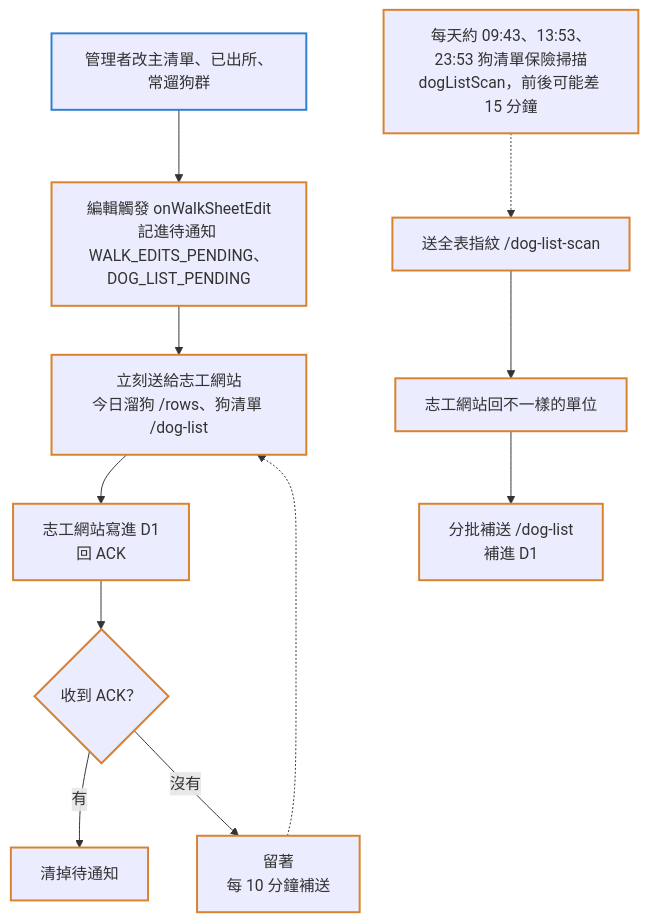
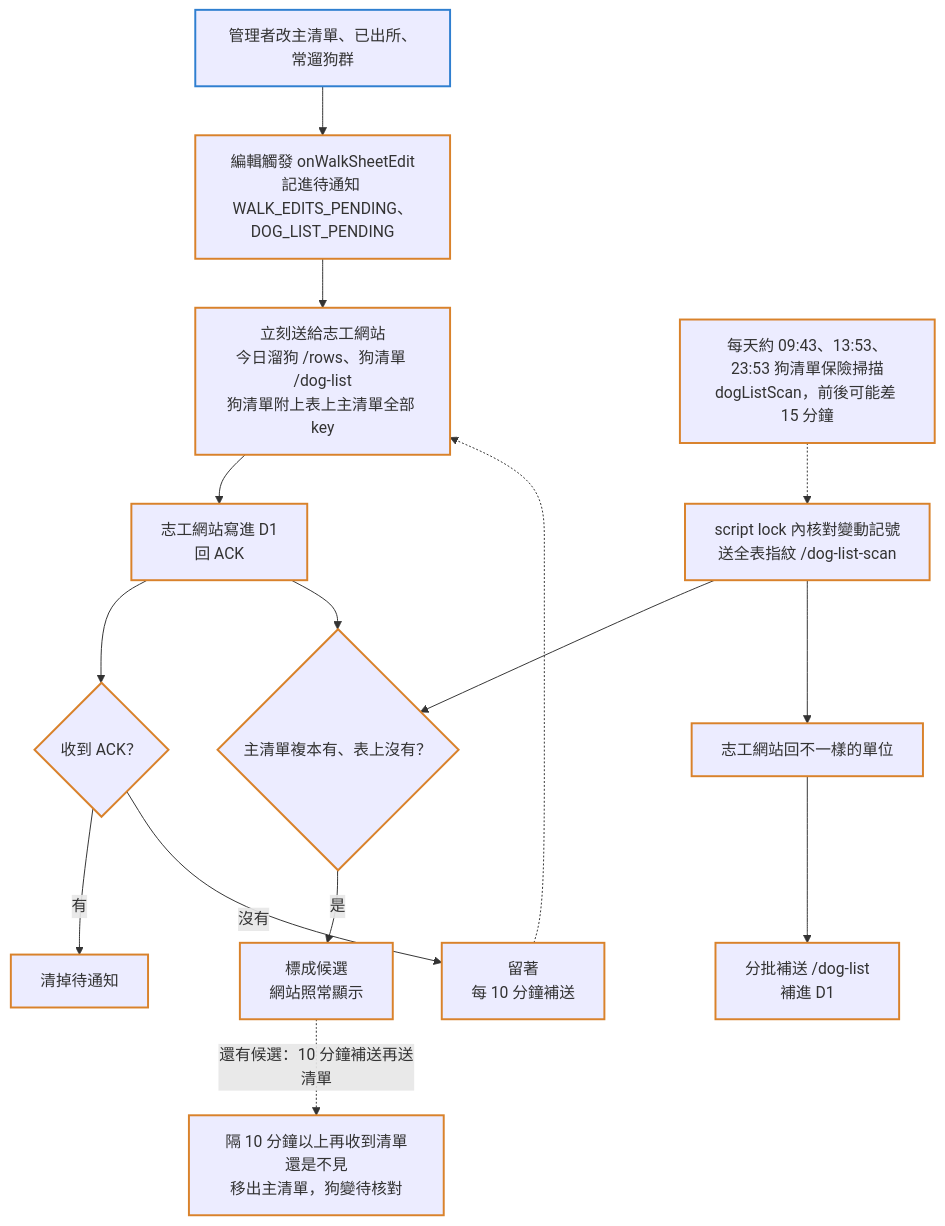
The fourth of 7 diagrams in docs/ARCHITECTURE.md (jiatsenK/bq-shelter-dogs), drawn with Mermaid before and after one commit. The commit also changed other lines of this file and 21 other files, not shown here.

````diff
--- a/docs/ARCHITECTURE.md
+++ b/docs/ARCHITECTURE.md
@@ -225,28 +225,35 @@
 ```mermaid
 flowchart TB
   a["管理者改主清單、已出所、常遛狗群"]
   b["編輯觸發 onWalkSheetEdit<br/>記進待通知 WALK_EDITS_PENDING、DOG_LIST_PENDING"]
-  c["立刻送給志工網站<br/>今日溜狗 /rows、狗清單 /dog-list"]
+  c["立刻送給志工網站<br/>今日溜狗 /rows、狗清單 /dog-list<br/>狗清單附上表上主清單全部 key"]
   d["志工網站寫進 D1<br/>回 ACK"]
+  m{"主清單複本有、表上沒有？"}
+  n["標成候選<br/>網站照常顯示"]
+  o["隔 10 分鐘以上再收到清單還是不見<br/>移出主清單，狗變待核對"]
   e{"收到 ACK？"}
   f["清掉待通知"]
   g["留著<br/>每 10 分鐘補送"]
   s["每天約 09:43、13:53、23:53 狗清單保險掃描<br/>dogListScan，前後可能差 15 分鐘"]
-  t["送全表指紋 /dog-list-scan"]
+  t["script lock 內核對變動記號<br/>送全表指紋 /dog-list-scan"]
   u["志工網站回不一樣的單位"]
   v["分批補送 /dog-list<br/>補進 D1"]
 
   a --> b --> c --> d --> e
   e -->|有| f
   e -->|沒有| g
   g -.-> c
+  d --> m
+  t --> m
+  m -->|是| n
+  n -.->|還有候選：10 分鐘補送再送清單| o
   s -.-> t --> u --> v
 
   class a ui
-  class b,c,d,e,f,g,s,t,u,v code
+  class b,c,d,e,f,g,m,n,o,s,t,u,v code
   classDef person stroke:#5b6b78,stroke-width:2px
   classDef ui stroke:#2f7fd0,stroke-width:2px
   classDef code stroke:#d9822b,stroke-width:2px
   classDef data stroke:#2e9d6a,stroke-width:2px
   classDef ext stroke:#8a63c9,stroke-width:2px
 ```
````
